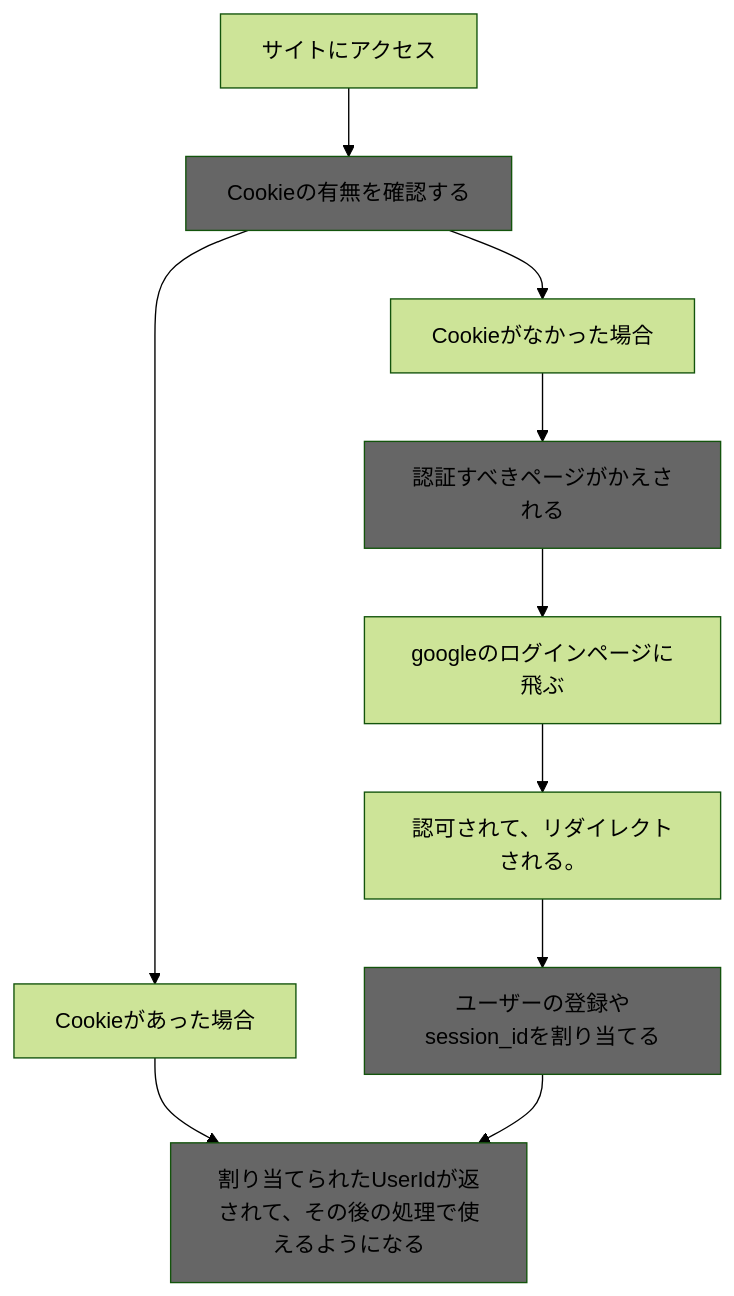
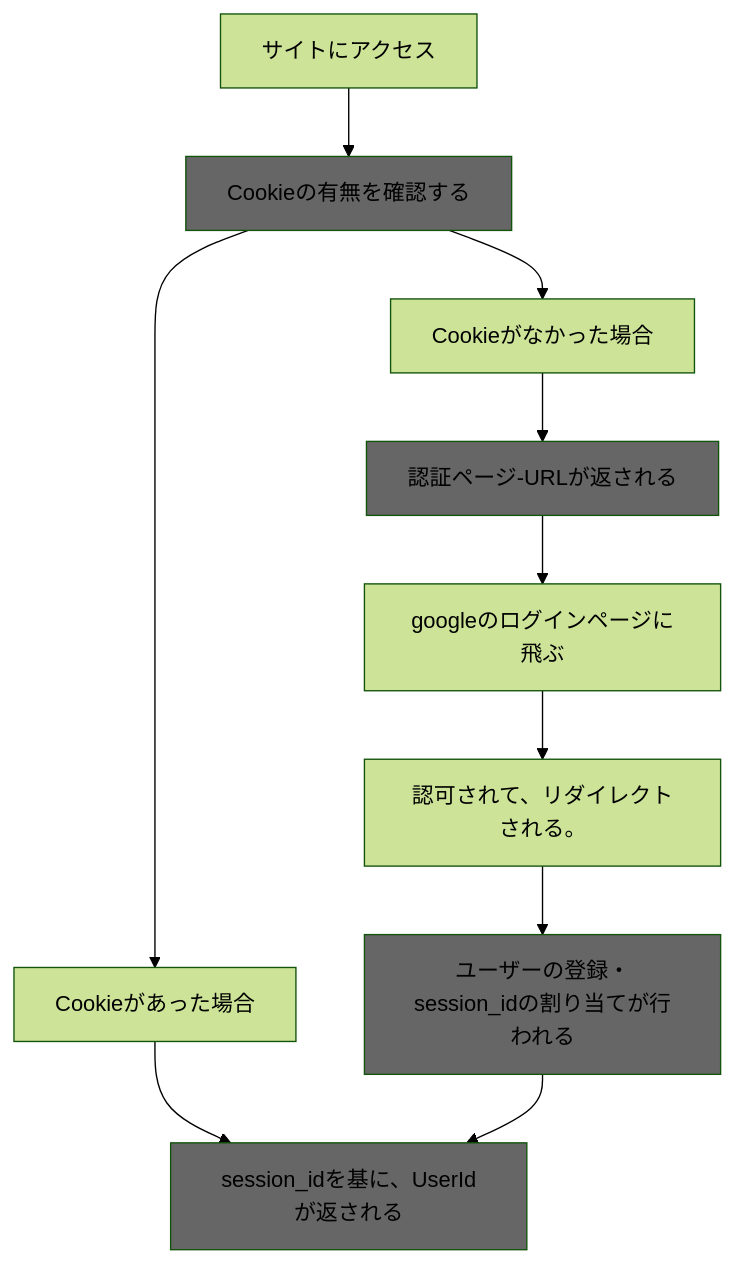
Before and after one commit to subarunrun0812/EfficientScheduler: the first of 2 diagrams in src/backend/application/Authentication/Authentication.md, drawn with Mermaid (forest theme). The commit also changed 1 other file, not shown here.

````diff
--- a/src/backend/application/Authentication/Authentication.md
+++ b/src/backend/application/Authentication/Authentication.md
@@ -4,14 +4,14 @@
 ```mermaid
 graph TD;
     classDef col fill:#666666
 
 A[サイトにアクセス] --> B[Cookieの有無を確認する]:::col
 B --> C[Cookieがあった場合]
-C --> E[割り当てられたUserIdが返されて、その後の処理で使えるようになる]
+C --> E[session_idを基に、UserIdが返される]
 B --> D[Cookieがなかった場合]
-D --> DA[認証すべきページがかえされる]:::col
+D --> DA[認証ページ-URLが返される]:::col
 DA --> DB[googleのログインページに飛ぶ]
 DB --> DC[認可されて、リダイレクトされる。]
-DC --> DD[ユーザーの登録やsession_idを割り当てる]:::col
+DC --> DD[ユーザーの登録・session_idの割り当てが行われる]:::col
 DD --> E:::col
 ```
````
